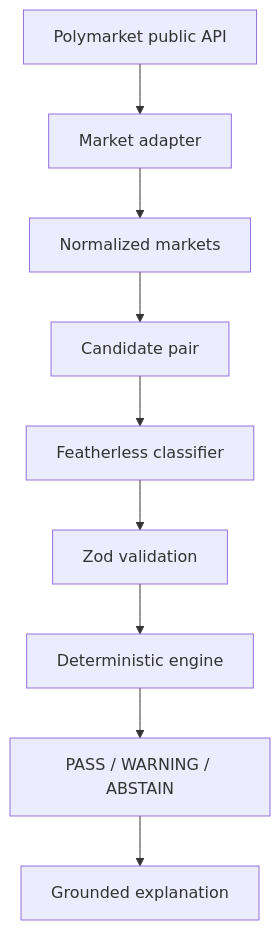
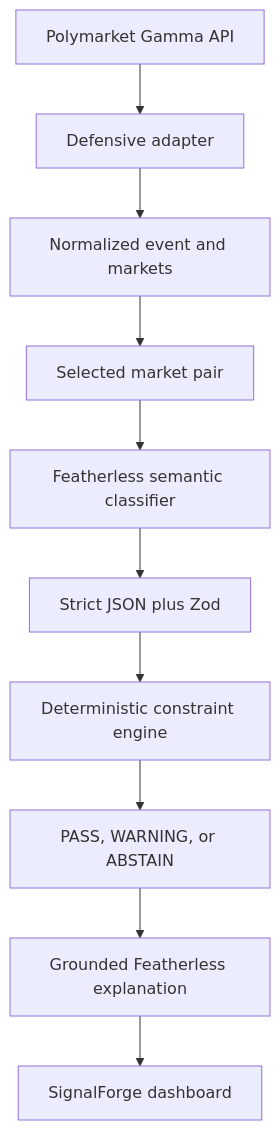
One commit to Takzin1/SignalForge changed the diagram in README.md. Above: the diagram before and after it, drawn with Mermaid. The commit also changed other lines of this file and 15 other files, not shown here.

````diff
--- a/README.md
+++ b/README.md
@@ -27,11 +38,12 @@
 ```mermaid
 flowchart TD
-    A[Polymarket public API] --> B[Market adapter]
-    B --> C[Normalized markets]
-    C --> D[Candidate pair]
-    D --> E[Featherless classifier]
-    E --> F[Zod validation]
-    F --> G[Deterministic engine]
-    G --> H[PASS / WARNING / ABSTAIN]
-    H --> I[Grounded explanation]
+    A[Polymarket Gamma API] --> B[Defensive adapter]
+    B --> C[Normalized event and markets]
+    C --> D[Selected market pair]
+    D --> E[Featherless semantic classifier]
+    E --> F[Strict JSON plus Zod]
+    F --> G[Deterministic constraint engine]
+    G --> H[PASS, WARNING, or ABSTAIN]
+    H --> I[Grounded Featherless explanation]
+    I --> J[SignalForge dashboard]
 ```
````
